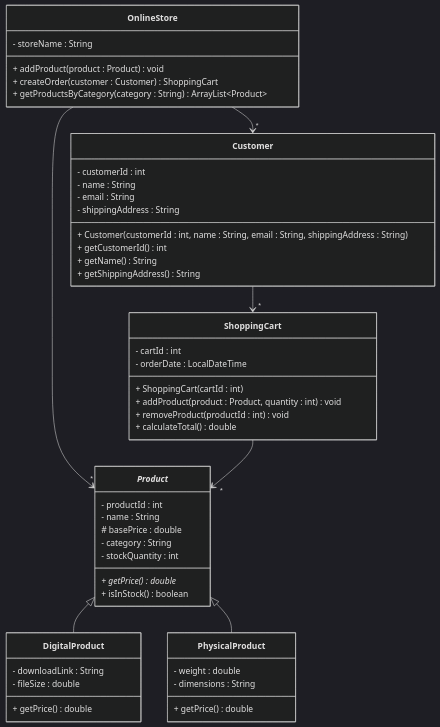
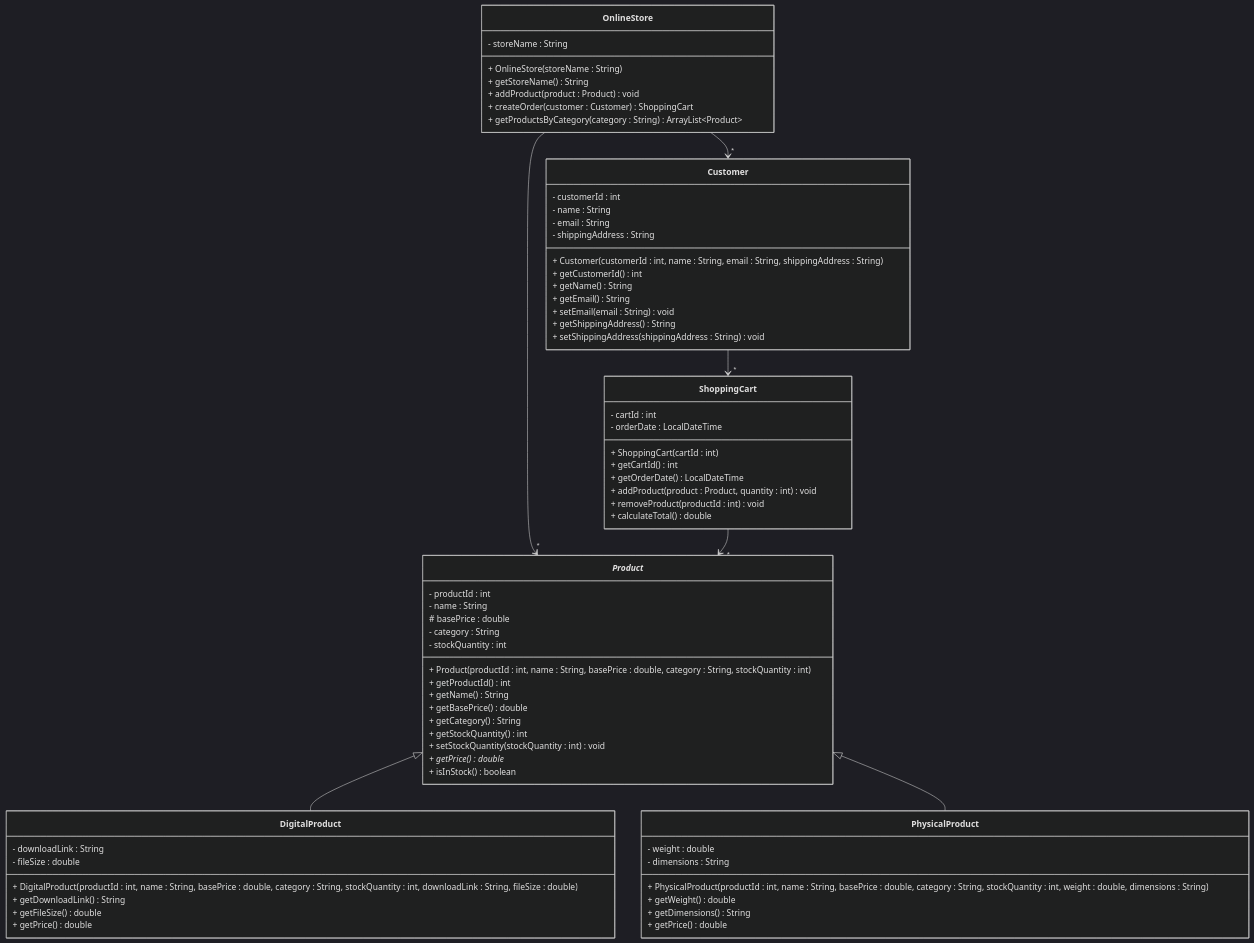
Before and after one commit to TroelsMortensen/Codelabs2: the diagram in Articles/Session 24 - Exam/013 Exercise 12 - Online Store.md, drawn with Mermaid (dark theme). The commit also changed other lines of this file and 9 other files, not shown here.

````diff
--- a/Articles/Session 24 - Exam/013 Exercise 12 - Online Store.md
+++ b/Articles/Session 24 - Exam/013 Exercise 12 - Online Store.md
@@ -5,58 +5,78 @@
 ```mermaid
 classDiagram
     class OnlineStore {
         - storeName : String
+        + OnlineStore(storeName : String)
+        + getStoreName() String
         + addProduct(product : Product) void
         + createOrder(customer : Customer) ShoppingCart
         + getProductsByCategory(category : String) ArrayList~Product~
     }
     
     class Customer {
         - customerId : int
         - name : String
         - email : String
         - shippingAddress : String
         + Customer(customerId : int, name : String, email : String, shippingAddress : String)
         + getCustomerId() int
         + getName() String
+        + getEmail() String
+        + setEmail(email : String) void
         + getShippingAddress() String
+        + setShippingAddress(shippingAddress : String) void
     }
     
     class _Product_ {
         - productId : int
         - name : String
         # basePrice : double
         - category : String
         - stockQuantity : int
+        + Product(productId : int, name : String, basePrice : double, category : String, stockQuantity : int)
+        + getProductId() int
+        + getName() String
+        + getBasePrice() double
+        + getCategory() String
+        + getStockQuantity() int
+        + setStockQuantity(stockQuantity : int) void
         + getPrice()* double
         + isInStock() boolean
     }
     
     class ShoppingCart {
         - cartId : int
         - orderDate : LocalDateTime
         + ShoppingCart(cartId : int)
+        + getCartId() int
+        + getOrderDate() LocalDateTime
         + addProduct(product : Product, quantity : int) void
         + removeProduct(productId : int) void
         + calculateTotal() double
     }
     
     class DigitalProduct {
         - downloadLink : String
         - fileSize : double
+        + DigitalProduct(productId : int, name : String, basePrice : double, category : String, stockQuantity : int, downloadLink : String, fileSize : double)
+        + getDownloadLink() String
+        + getFileSize() double
         + getPrice() double
     }
     
     class PhysicalProduct {
         - weight : double
         - dimensions : String
+        + PhysicalProduct(productId : int, name : String, basePrice : double, category : String, stockQuantity : int, weight : double, dimensions : String)
+        + getWeight() double
+        + getDimensions() String
         + getPrice() double
     }
     
     OnlineStore --> "*" _Product_ 
     OnlineStore --> "*" Customer 
     Customer --> "*" ShoppingCart 
     ShoppingCart --> "*" _Product_ 
     _Product_ <|-- DigitalProduct
     _Product_ <|-- PhysicalProduct
 ```
````
